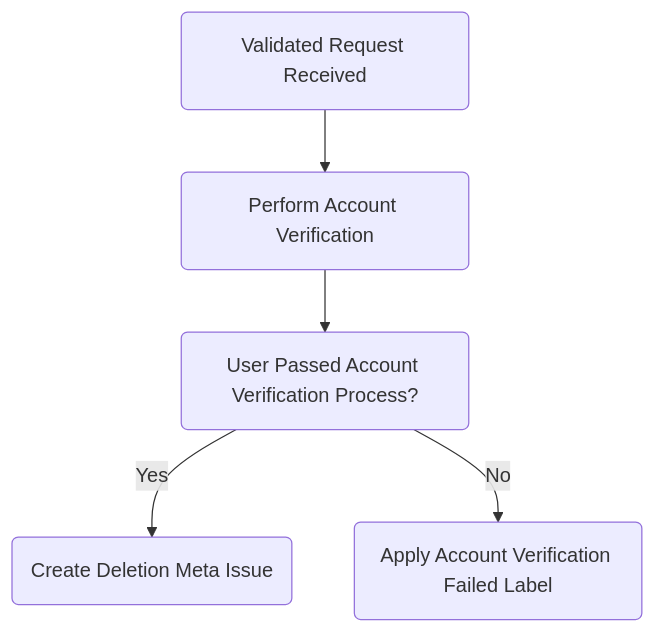
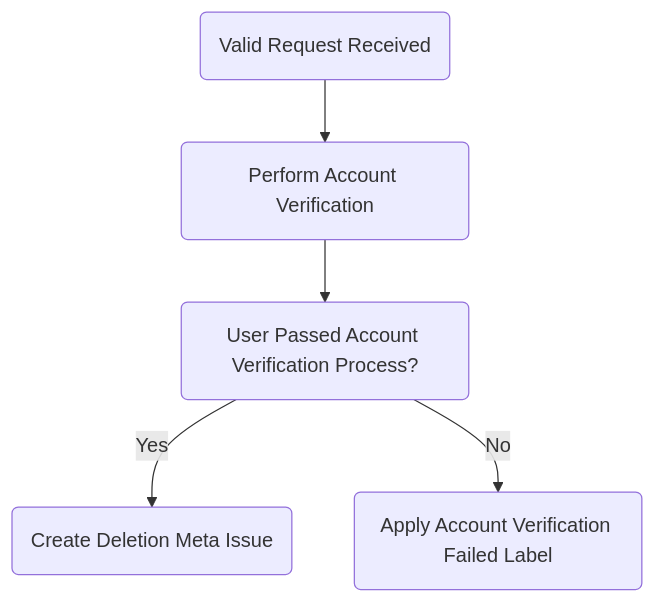
One commit to secretstartups/handbook changed the diagram in support/workflows/account_deletion.html.md. Above: the diagram before and after it, drawn with Mermaid. The commit also changed other lines of this file, not shown here.

````diff
--- a/support/workflows/account_deletion.html.md
+++ b/support/workflows/account_deletion.html.md
@@ -85,9 +92,9 @@
 ```mermaid
 graph TD
-A(Validated Request Received)-->B
+A(Valid Request Received)-->B
 B(Perform Account Verification)-->E
 E(User Passed Account Verification Process?)-->|Yes|I
 E-->|No|H
 H(Apply Account Verification Failed Label)
 I(Create Deletion Meta Issue)
 ```
````
